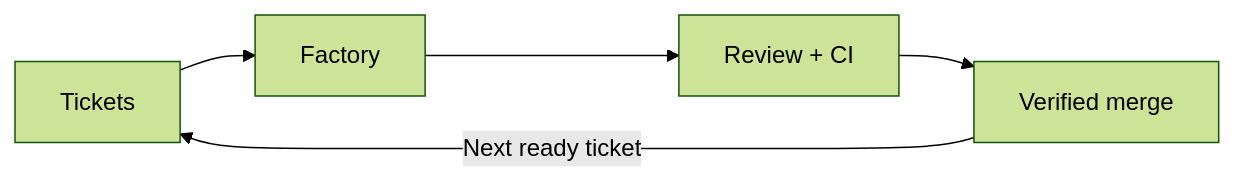
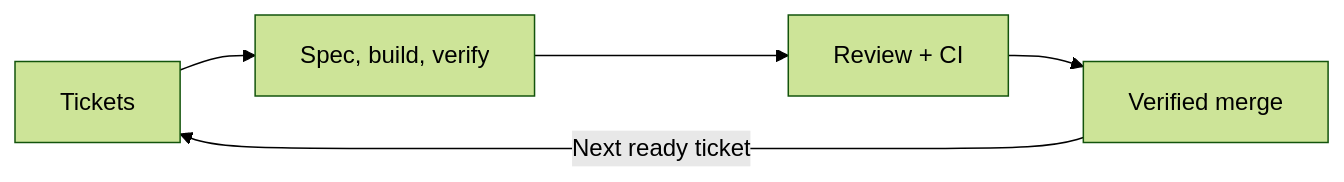
The first of 3 diagrams in README.md (jonborchardt/orch), drawn with Mermaid (forest theme) before and after one commit. The commit also changed other lines of this file and 4 other files, not shown here.

````diff
--- a/README.md
+++ b/README.md
@@ -15,5 +19,5 @@
 ```mermaid
 flowchart LR
-    A["Tickets"] --> B["Factory"] --> C["Review + CI"] --> D["Verified merge"]
+    A["Tickets"] --> B["Spec, build, verify"] --> C["Review + CI"] --> D["Verified merge"]
     D -->|"Next ready ticket"| A
 ```
````
